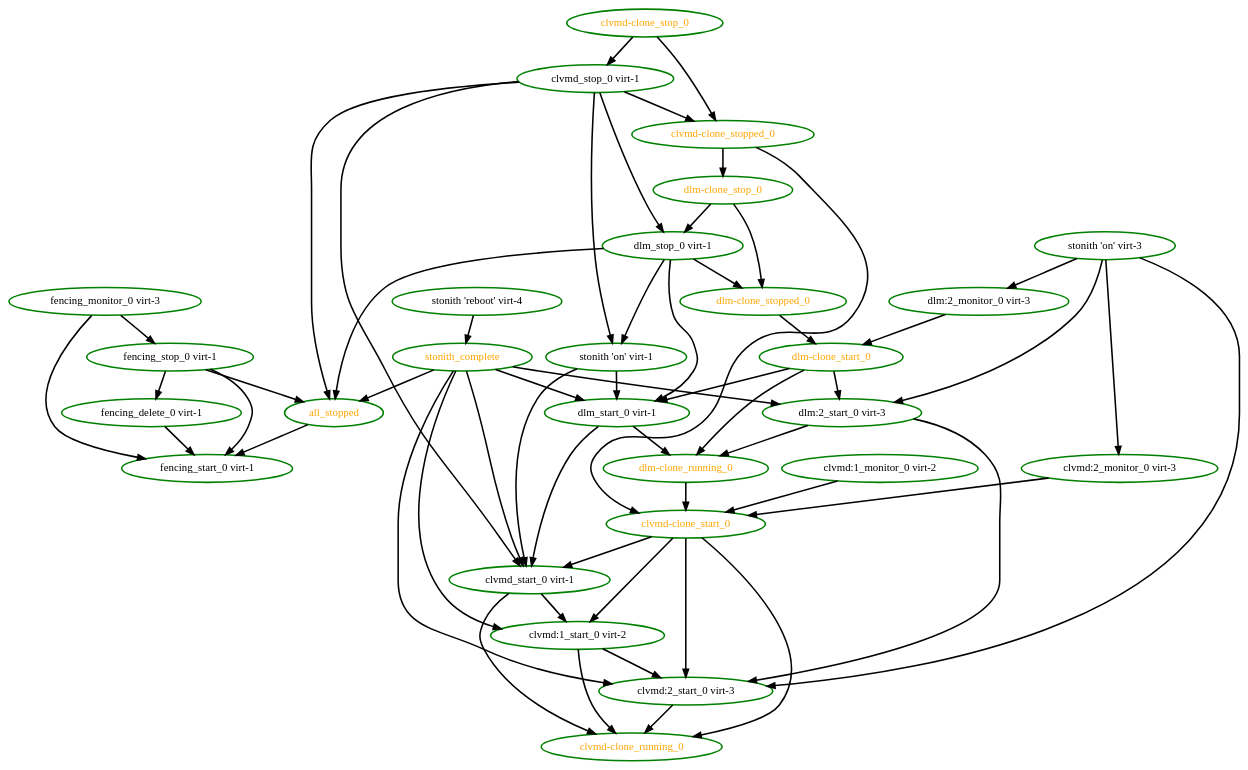
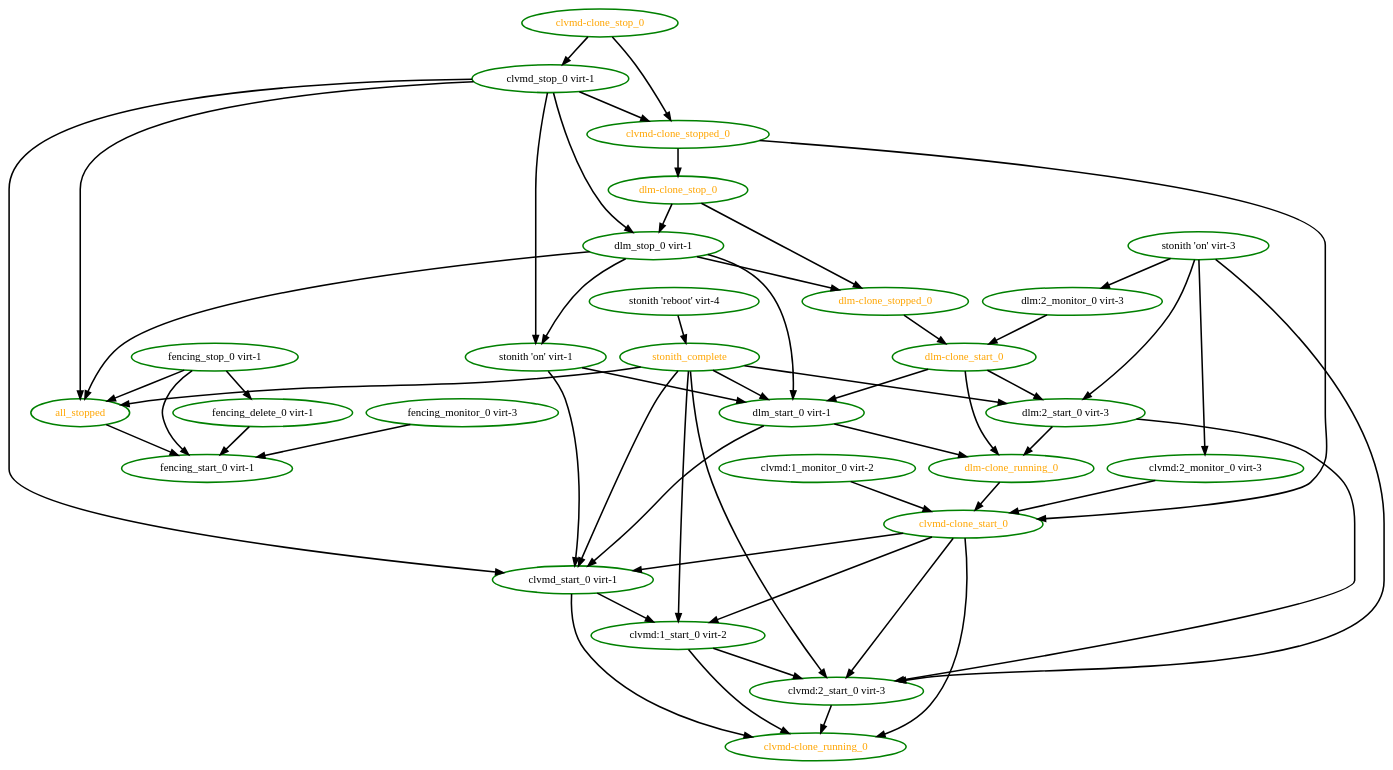
The diagram in pengine/test10/unfence-definition.dot (ClusterLabs/pacemaker), drawn with Graphviz before and after one commit. The commit also changed 237 other files, not shown here.

```diff
--- a/pengine/test10/unfence-definition.dot
+++ b/pengine/test10/unfence-definition.dot
@@ -1,85 +1,84 @@
 digraph "g" {
 "all_stopped" -> "fencing_start_0 virt-1" [ style = bold]
 "all_stopped" [ style=bold color="green" fontcolor="orange"]
 "clvmd-clone_running_0" [ style=bold color="green" fontcolor="orange"]
 "clvmd-clone_start_0" -> "clvmd-clone_running_0" [ style = bold]
 "clvmd-clone_start_0" -> "clvmd:1_start_0 virt-2" [ style = bold]
 "clvmd-clone_start_0" -> "clvmd:2_start_0 virt-3" [ style = bold]
 "clvmd-clone_start_0" -> "clvmd_start_0 virt-1" [ style = bold]
 "clvmd-clone_start_0" [ style=bold color="green" fontcolor="orange"]
 "clvmd-clone_stop_0" -> "clvmd-clone_stopped_0" [ style = bold]
 "clvmd-clone_stop_0" -> "clvmd_stop_0 virt-1" [ style = bold]
 "clvmd-clone_stop_0" [ style=bold color="green" fontcolor="orange"]
 "clvmd-clone_stopped_0" -> "clvmd-clone_start_0" [ style = bold]
 "clvmd-clone_stopped_0" -> "dlm-clone_stop_0" [ style = bold]
 "clvmd-clone_stopped_0" [ style=bold color="green" fontcolor="orange"]
 "clvmd:1_monitor_0 virt-2" -> "clvmd-clone_start_0" [ style = bold]
 "clvmd:1_monitor_0 virt-2" [ style=bold color="green" fontcolor="black"]
 "clvmd:1_start_0 virt-2" -> "clvmd-clone_running_0" [ style = bold]
 "clvmd:1_start_0 virt-2" -> "clvmd:2_start_0 virt-3" [ style = bold]
 "clvmd:1_start_0 virt-2" [ style=bold color="green" fontcolor="black"]
 "clvmd:2_monitor_0 virt-3" -> "clvmd-clone_start_0" [ style = bold]
 "clvmd:2_monitor_0 virt-3" [ style=bold color="green" fontcolor="black"]
 "clvmd:2_start_0 virt-3" -> "clvmd-clone_running_0" [ style = bold]
 "clvmd:2_start_0 virt-3" [ style=bold color="green" fontcolor="black"]
 "clvmd_start_0 virt-1" -> "clvmd-clone_running_0" [ style = bold]
 "clvmd_start_0 virt-1" -> "clvmd:1_start_0 virt-2" [ style = bold]
 "clvmd_start_0 virt-1" [ style=bold color="green" fontcolor="black"]
 "clvmd_stop_0 virt-1" -> "all_stopped" [ style = bold]
 "clvmd_stop_0 virt-1" -> "clvmd-clone_stopped_0" [ style = bold]
 "clvmd_stop_0 virt-1" -> "clvmd_start_0 virt-1" [ style = bold]
 "clvmd_stop_0 virt-1" -> "dlm_stop_0 virt-1" [ style = bold]
 "clvmd_stop_0 virt-1" -> "stonith 'on' virt-1" [ style = bold]
 "clvmd_stop_0 virt-1" [ style=bold color="green" fontcolor="black"]
 "dlm-clone_running_0" -> "clvmd-clone_start_0" [ style = bold]
 "dlm-clone_running_0" [ style=bold color="green" fontcolor="orange"]
 "dlm-clone_start_0" -> "dlm-clone_running_0" [ style = bold]
 "dlm-clone_start_0" -> "dlm:2_start_0 virt-3" [ style = bold]
 "dlm-clone_start_0" -> "dlm_start_0 virt-1" [ style = bold]
 "dlm-clone_start_0" [ style=bold color="green" fontcolor="orange"]
 "dlm-clone_stop_0" -> "dlm-clone_stopped_0" [ style = bold]
 "dlm-clone_stop_0" -> "dlm_stop_0 virt-1" [ style = bold]
 "dlm-clone_stop_0" [ style=bold color="green" fontcolor="orange"]
 "dlm-clone_stopped_0" -> "dlm-clone_start_0" [ style = bold]
 "dlm-clone_stopped_0" [ style=bold color="green" fontcolor="orange"]
 "dlm:2_monitor_0 virt-3" -> "dlm-clone_start_0" [ style = bold]
 "dlm:2_monitor_0 virt-3" [ style=bold color="green" fontcolor="black"]
 "dlm:2_start_0 virt-3" -> "clvmd:2_start_0 virt-3" [ style = bold]
 "dlm:2_start_0 virt-3" -> "dlm-clone_running_0" [ style = bold]
 "dlm:2_start_0 virt-3" [ style=bold color="green" fontcolor="black"]
 "dlm_start_0 virt-1" -> "clvmd_start_0 virt-1" [ style = bold]
 "dlm_start_0 virt-1" -> "dlm-clone_running_0" [ style = bold]
 "dlm_start_0 virt-1" [ style=bold color="green" fontcolor="black"]
 "dlm_stop_0 virt-1" -> "all_stopped" [ style = bold]
 "dlm_stop_0 virt-1" -> "dlm-clone_stopped_0" [ style = bold]
 "dlm_stop_0 virt-1" -> "dlm_start_0 virt-1" [ style = bold]
 "dlm_stop_0 virt-1" -> "stonith 'on' virt-1" [ style = bold]
 "dlm_stop_0 virt-1" [ style=bold color="green" fontcolor="black"]
 "fencing_delete_0 virt-1" -> "fencing_start_0 virt-1" [ style = bold]
 "fencing_delete_0 virt-1" [ style=bold color="green" fontcolor="black"]
 "fencing_monitor_0 virt-3" -> "fencing_start_0 virt-1" [ style = bold]
-"fencing_monitor_0 virt-3" -> "fencing_stop_0 virt-1" [ style = bold]
 "fencing_monitor_0 virt-3" [ style=bold color="green" fontcolor="black"]
 "fencing_start_0 virt-1" [ style=bold color="green" fontcolor="black"]
 "fencing_stop_0 virt-1" -> "all_stopped" [ style = bold]
 "fencing_stop_0 virt-1" -> "fencing_delete_0 virt-1" [ style = bold]
 "fencing_stop_0 virt-1" -> "fencing_start_0 virt-1" [ style = bold]
 "fencing_stop_0 virt-1" [ style=bold color="green" fontcolor="black"]
 "stonith 'on' virt-1" -> "clvmd_start_0 virt-1" [ style = bold]
 "stonith 'on' virt-1" -> "dlm_start_0 virt-1" [ style = bold]
 "stonith 'on' virt-1" [ style=bold color="green" fontcolor="black"]
 "stonith 'on' virt-3" -> "clvmd:2_monitor_0 virt-3" [ style = bold]
 "stonith 'on' virt-3" -> "clvmd:2_start_0 virt-3" [ style = bold]
 "stonith 'on' virt-3" -> "dlm:2_monitor_0 virt-3" [ style = bold]
 "stonith 'on' virt-3" -> "dlm:2_start_0 virt-3" [ style = bold]
 "stonith 'on' virt-3" [ style=bold color="green" fontcolor="black"]
 "stonith 'reboot' virt-4" -> "stonith_complete" [ style = bold]
 "stonith 'reboot' virt-4" [ style=bold color="green" fontcolor="black"]
 "stonith_complete" -> "all_stopped" [ style = bold]
 "stonith_complete" -> "clvmd:1_start_0 virt-2" [ style = bold]
 "stonith_complete" -> "clvmd:2_start_0 virt-3" [ style = bold]
 "stonith_complete" -> "clvmd_start_0 virt-1" [ style = bold]
 "stonith_complete" -> "dlm:2_start_0 virt-3" [ style = bold]
 "stonith_complete" -> "dlm_start_0 virt-1" [ style = bold]
 "stonith_complete" [ style=bold color="green" fontcolor="orange"]
 }
```
